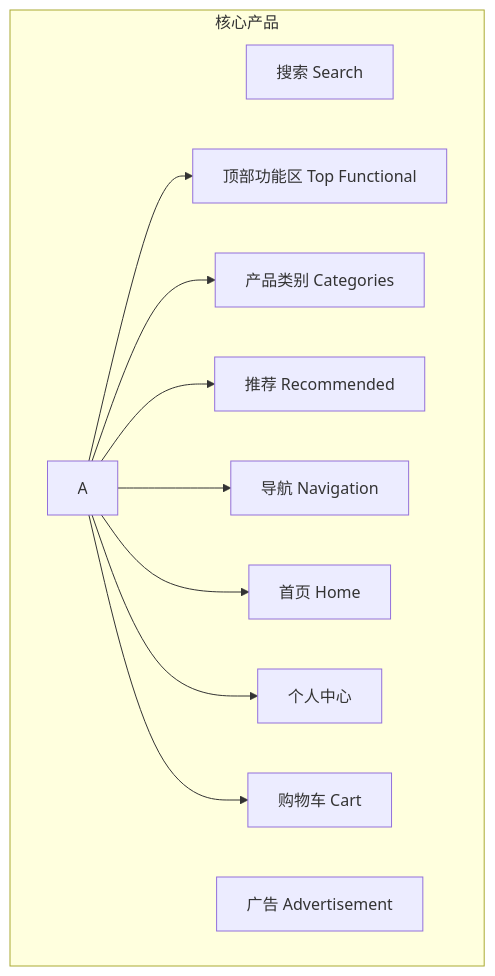
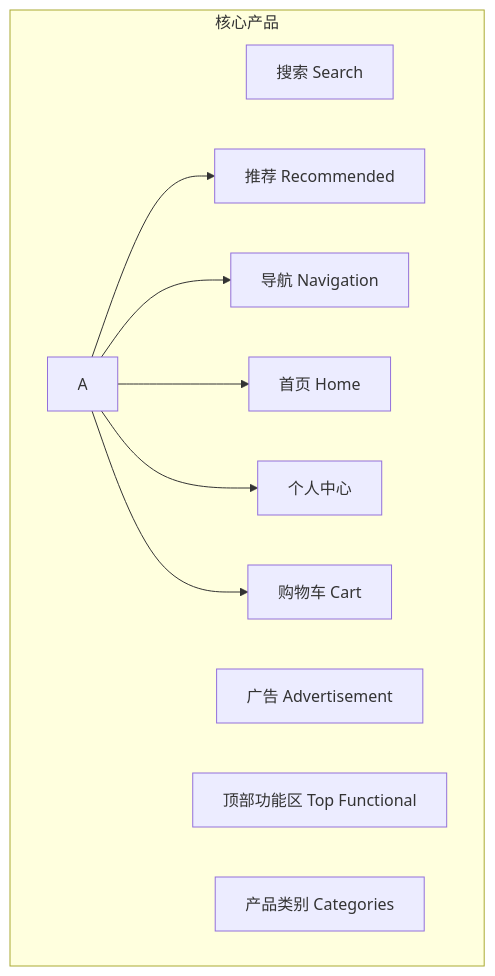
The diagram in all/TEMU链路图.md (Zora0203/iodraw-files), drawn with Mermaid before and after one commit.

Commit message:
2025-03-02 19:02:16 update

````diff
--- a/all/TEMU链路图.md
+++ b/all/TEMU链路图.md
@@ -1,18 +1,18 @@
 ```mermaid
 flowchart TB
 
 
     subgraph 核心产品
     B[搜索 Search]
     C[广告 Advertisement]
-    A --> D[顶部功能区 Top Functional]
-    A --> H[产品类别 Categories]
+    D[顶部功能区 Top Functional]
+    H[产品类别 Categories]
     A --> I[推荐 Recommended]
     A --> J[导航 Navigation]
     A --> K[首页 Home]
     A --> M[个人中心]
     A --> N[购物车 Cart]
     end
     
    
 ```
````
